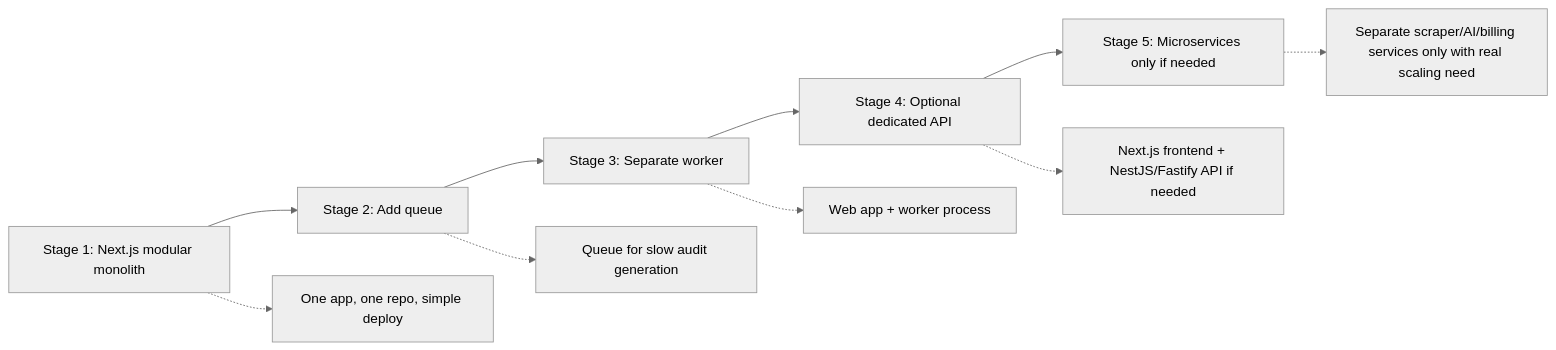
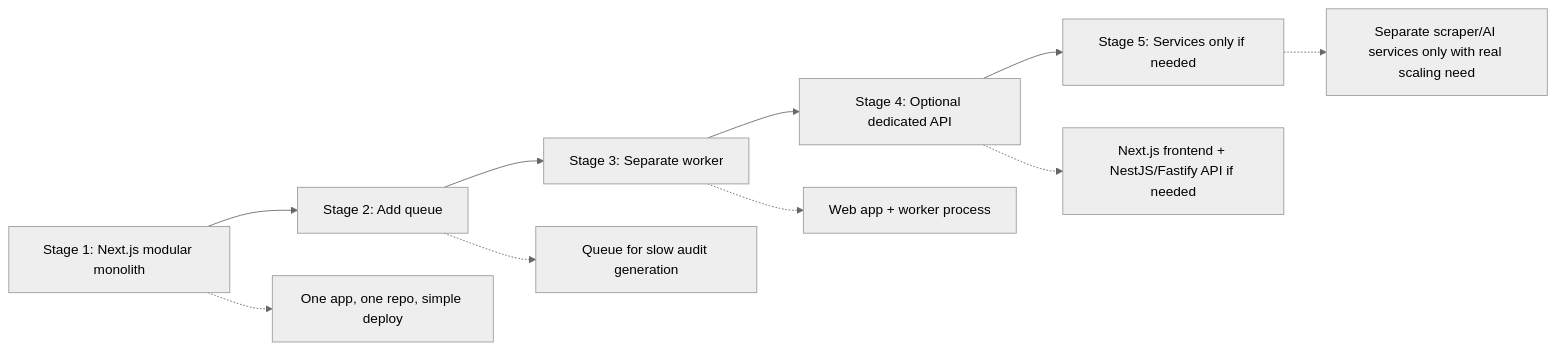
Before and after one commit to Luxion07/sitegap-ai: the eighth of 10 diagrams in docs/ARCHITECTURE.md, drawn with Mermaid (neutral theme). The commit also changed other lines of this file and 15 other files, not shown here.

````diff
--- a/docs/ARCHITECTURE.md
+++ b/docs/ARCHITECTURE.md
@@ -288,22 +229,22 @@
 ```mermaid
 flowchart LR
   Stage1[Stage 1: Next.js modular monolith]
   Stage2[Stage 2: Add queue]
   Stage3[Stage 3: Separate worker]
   Stage4[Stage 4: Optional dedicated API]
-  Stage5[Stage 5: Microservices only if needed]
+  Stage5[Stage 5: Services only if needed]
 
   Stage1 --> Stage2 --> Stage3 --> Stage4 --> Stage5
 
   Stage1Note[One app, one repo, simple deploy]
   Stage2Note[Queue for slow audit generation]
   Stage3Note[Web app + worker process]
   Stage4Note[Next.js frontend + NestJS/Fastify API if needed]
-  Stage5Note[Separate scraper/AI/billing services only with real scaling need]
+  Stage5Note[Separate scraper/AI services only with real scaling need]
 
   Stage1 -.-> Stage1Note
   Stage2 -.-> Stage2Note
   Stage3 -.-> Stage3Note
   Stage4 -.-> Stage4Note
   Stage5 -.-> Stage5Note
 ```
````
